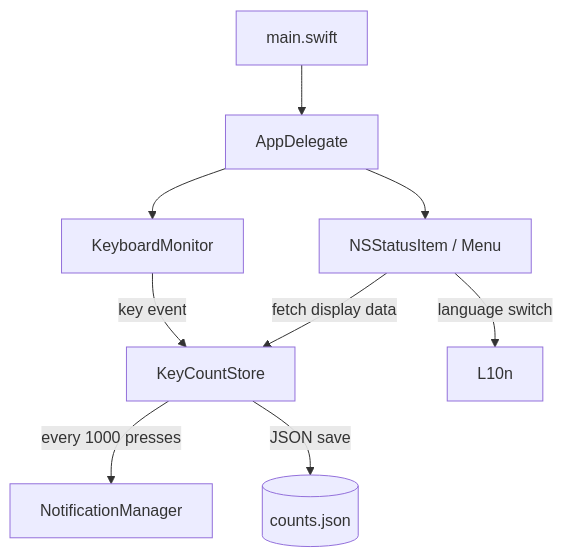
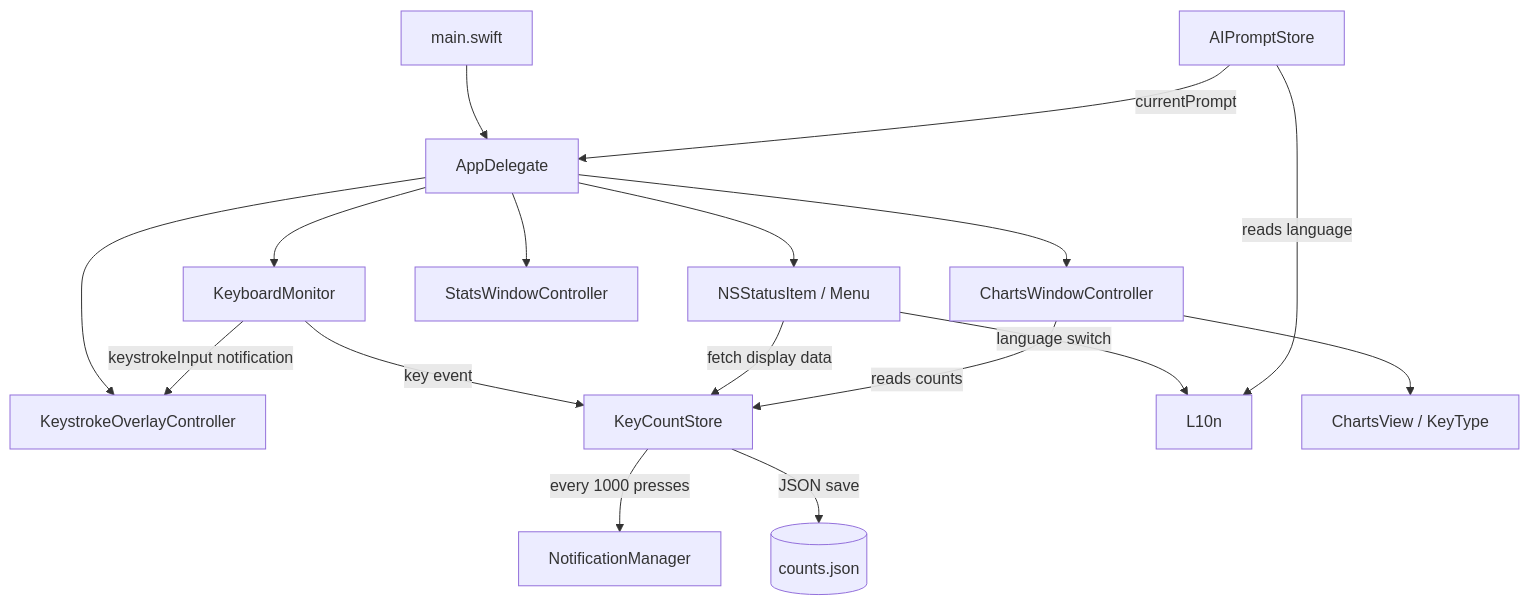
Before and after one commit to etalli/262_KeyLens: the diagram in Architecture.md, drawn with Mermaid. The commit also changed other lines of this file, not shown here.

````diff
--- a/Architecture.md
+++ b/Architecture.md
@@ -9,11 +9,19 @@
 ```mermaid
 graph TD
     A[main.swift] --> B[AppDelegate]
     B --> C[KeyboardMonitor]
     B --> D[NSStatusItem / Menu]
+    B --> I[StatsWindowController]
+    B --> J[ChartsWindowController]
+    B --> K[KeystrokeOverlayController]
     C -->|key event| E[KeyCountStore]
+    C -->|keystrokeInput notification| K
     E -->|every 1000 presses| F[NotificationManager]
     E -->|JSON save| G[(counts.json)]
     D -->|fetch display data| E
     D -->|language switch| H[L10n]
+    J -->|reads counts| E
+    J --> L[ChartsView / KeyType]
+    M[AIPromptStore] -->|currentPrompt| B
+    M -->|reads language| H
 ```
````
